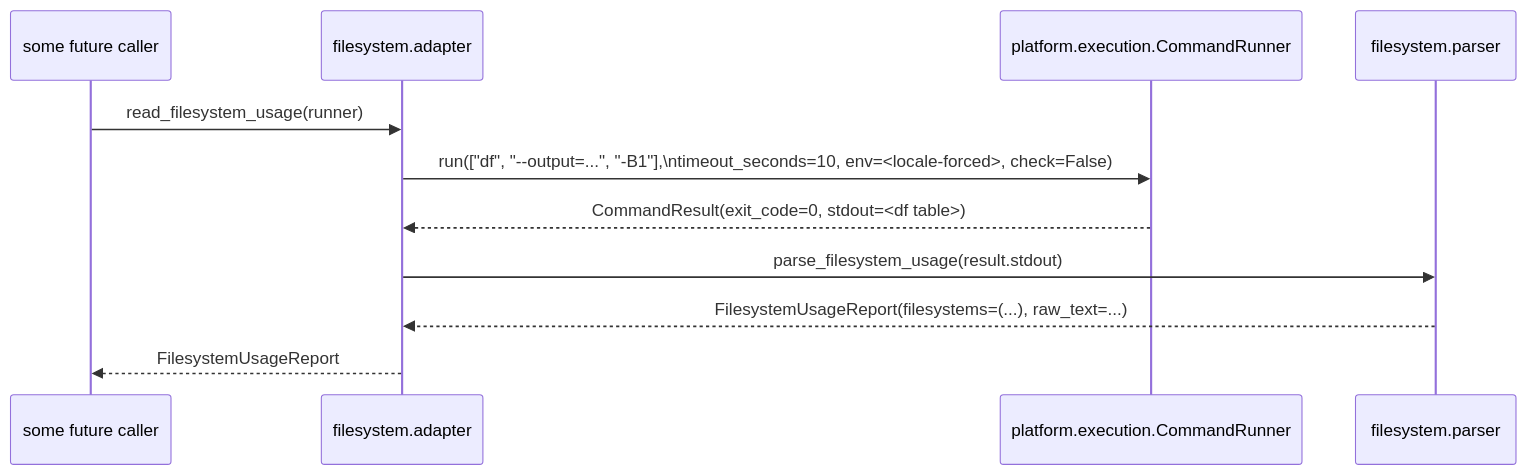
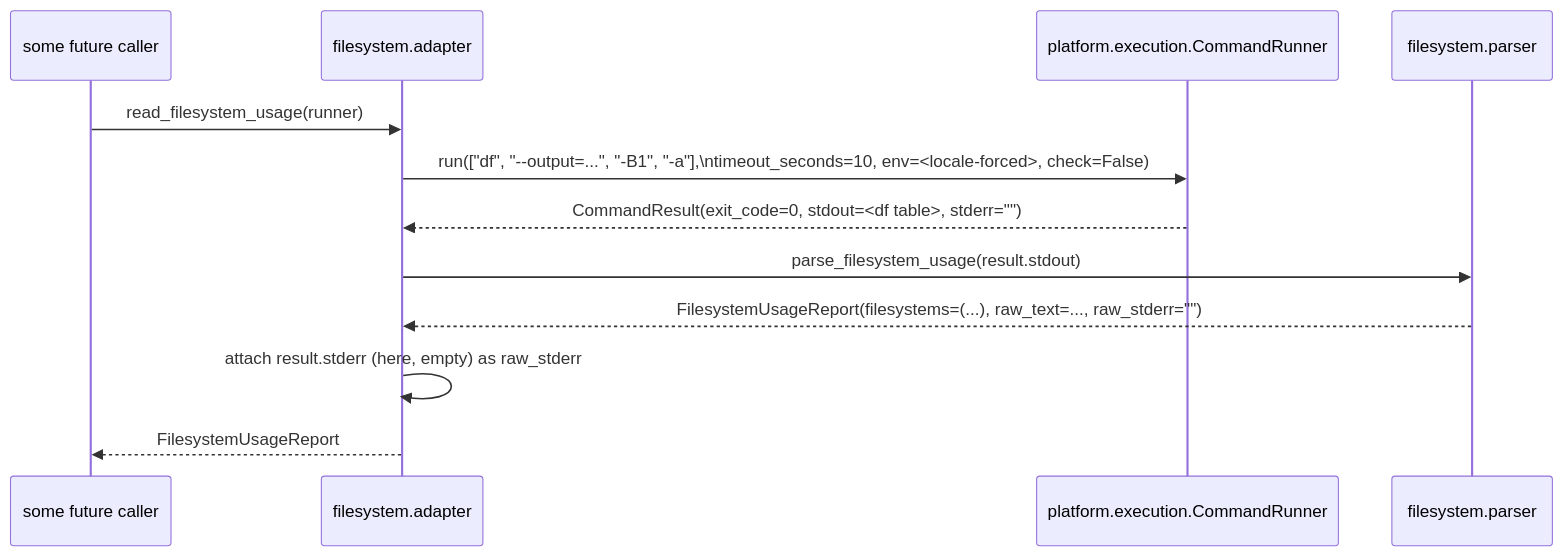
The fourth of 5 diagrams in docs/FILESYSTEM_ADAPTER.md (nino79/batoi-classroom-suite), drawn with Mermaid before and after one commit. The commit also changed other lines of this file, not shown here.

Commit message:
Implement code changes to enhance functionality and improve performance

````diff
--- a/docs/FILESYSTEM_ADAPTER.md
+++ b/docs/FILESYSTEM_ADAPTER.md
@@ -282,14 +301,15 @@
 ```mermaid
 sequenceDiagram
     participant Caller as some future caller
     participant Adapter as filesystem.adapter
     participant Runner as platform.execution.CommandRunner
     participant Parser as filesystem.parser
 
     Caller->>Adapter: read_filesystem_usage(runner)
-    Adapter->>Runner: run(["df", "--output=...", "-B1"],\ntimeout_seconds=10, env=<locale-forced>, check=False)
-    Runner-->>Adapter: CommandResult(exit_code=0, stdout=<df table>)
+    Adapter->>Runner: run(["df", "--output=...", "-B1", "-a"],\ntimeout_seconds=10, env=<locale-forced>, check=False)
+    Runner-->>Adapter: CommandResult(exit_code=0, stdout=<df table>, stderr="")
     Adapter->>Parser: parse_filesystem_usage(result.stdout)
-    Parser-->>Adapter: FilesystemUsageReport(filesystems=(...), raw_text=...)
+    Parser-->>Adapter: FilesystemUsageReport(filesystems=(...), raw_text=..., raw_stderr="")
+    Adapter->>Adapter: attach result.stderr (here, empty) as raw_stderr
     Adapter-->>Caller: FilesystemUsageReport
 ```
````
